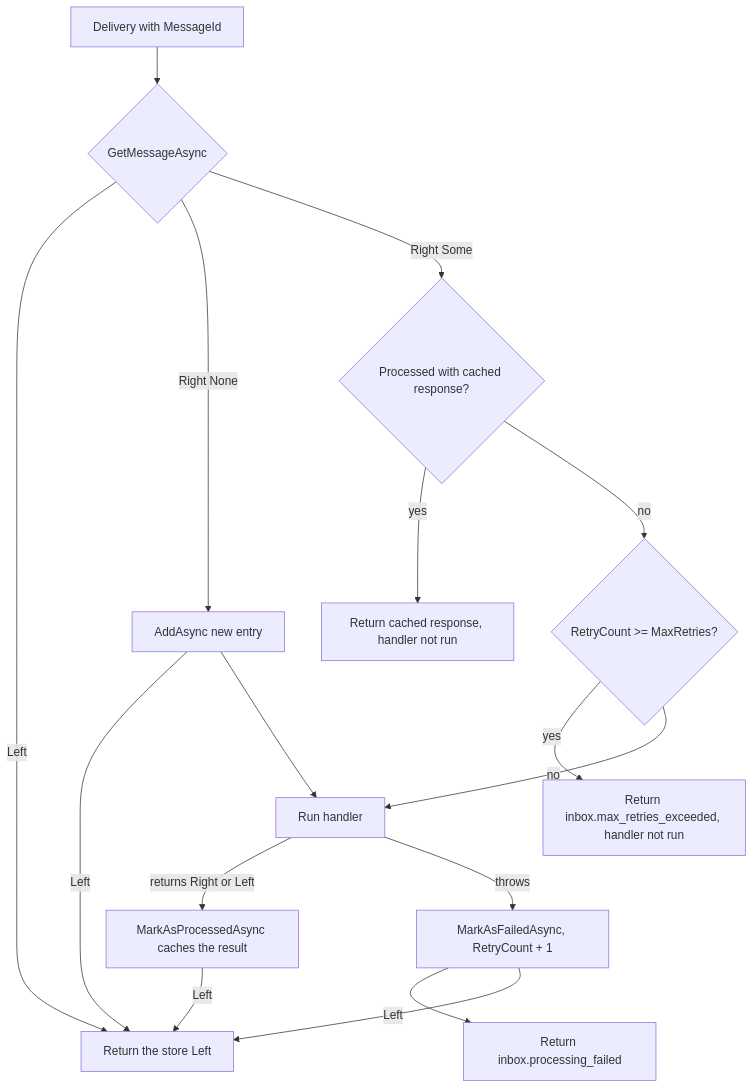
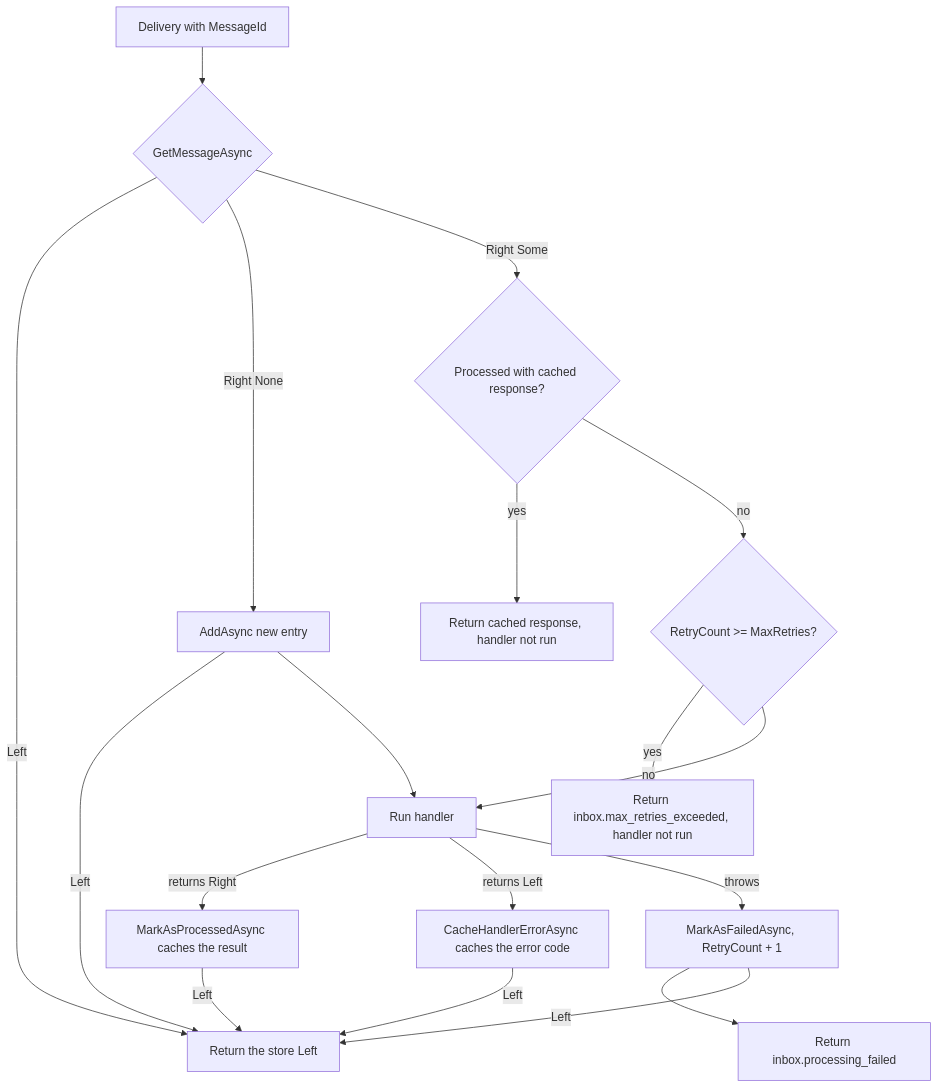
Before and after one commit to dlrivada/Encina: the diagram in docs/messaging/inbox.md, drawn with Mermaid. The commit also changed other lines of this file and 2 other files, not shown here.

````diff
--- a/docs/messaging/inbox.md
+++ b/docs/messaging/inbox.md
@@ -33,18 +33,20 @@
 ```mermaid
 flowchart TD
     A[Delivery with MessageId] --> B{GetMessageAsync}
     B -- Left --> L[Return the store Left]
     B -- Right None --> C[AddAsync new entry]
     C -- Left --> L
     C --> H[Run handler]
     B -- Right Some --> D{Processed with cached response?}
     D -- yes --> R[Return cached response, handler not run]
     D -- no --> E{RetryCount >= MaxRetries?}
     E -- yes --> X[Return inbox.max_retries_exceeded, handler not run]
     E -- no --> H
-    H -- returns Right or Left --> P[MarkAsProcessedAsync caches the result]
+    H -- returns Right --> P[MarkAsProcessedAsync caches the result]
+    H -- returns Left --> Q[CacheHandlerErrorAsync caches the error code]
     H -- throws --> F[MarkAsFailedAsync, RetryCount + 1]
     F --> Y[Return inbox.processing_failed]
     P -- Left --> L
+    Q -- Left --> L
     F -- Left --> L
 ```
````
